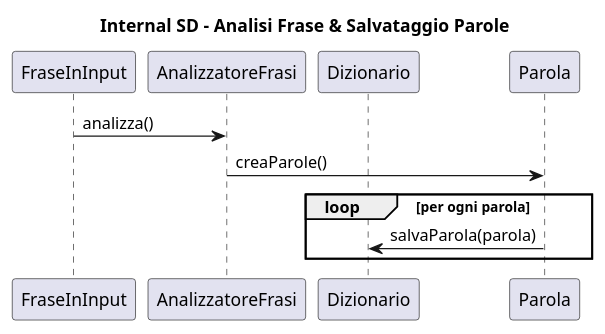
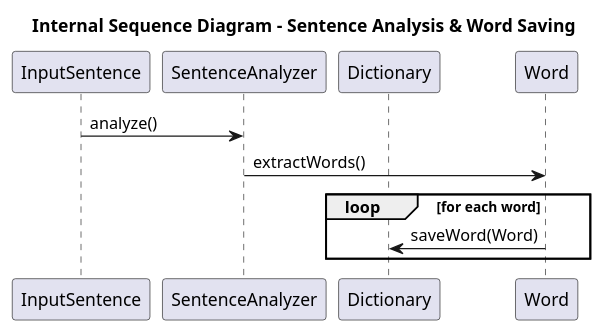
Before and after one commit to TognonGiac/nonsensegenerator: the second of 5 diagrams in docs/resources/Sequence_Diagrams.md, drawn with PlantUML.

````diff
--- a/docs/resources/Sequence_Diagrams.md
+++ b/docs/resources/Sequence_Diagrams.md
@@ -46,16 +46,16 @@
 ```plantuml
 @startuml
-title Internal SD – Analisi Frase & Salvataggio Parole
+title Internal Sequence Diagram – Sentence Analysis & Word Saving
 
-participant FraseInInput
-participant AnalizzatoreFrasi
-participant Dizionario
-participant Parola
+participant InputSentence
+participant SentenceAnalyzer
+participant Dictionary
+participant Word
 
-FraseInInput -> AnalizzatoreFrasi : analizza()
-AnalizzatoreFrasi -> Parola : creaParole()
-loop per ogni parola
-  Parola -> Dizionario : salvaParola(parola)
+InputSentence -> SentenceAnalyzer : analyze()
+SentenceAnalyzer -> Word : extractWords()
+loop for each word 
+  Word -> Dictionary : saveWord(Word)
 end
 @enduml
 ```
````
